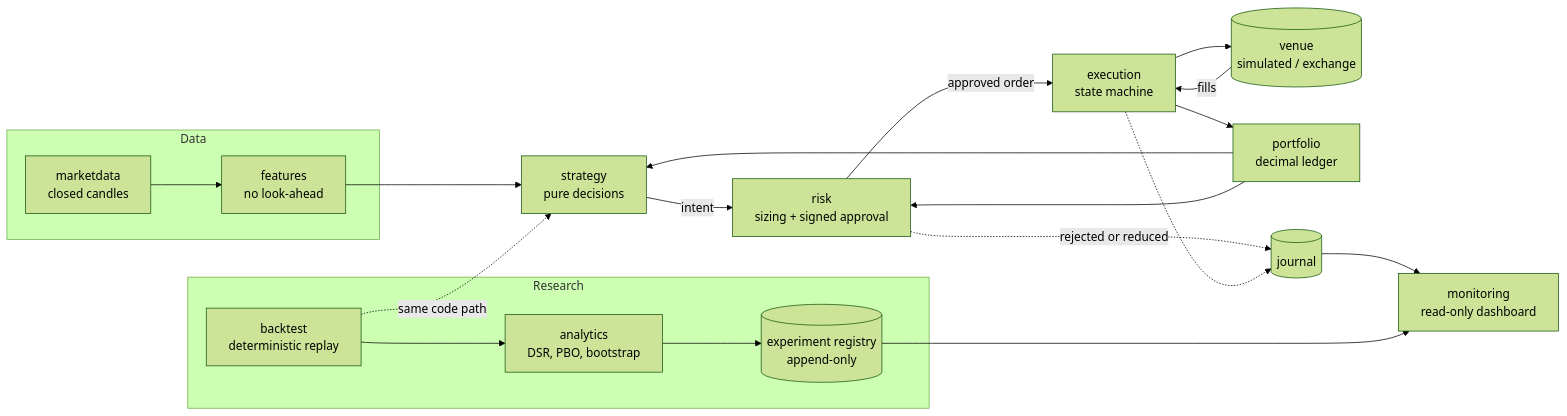
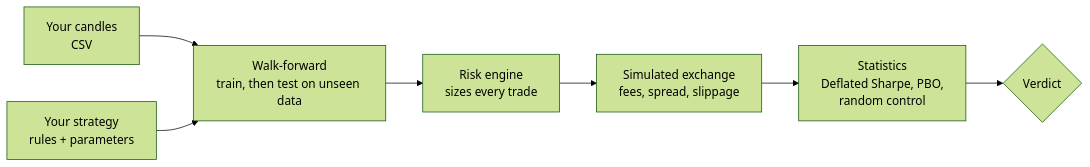
One commit to juliuspani/jp-quant changed the diagram in README.md. Above: the diagram before and after it, drawn with Mermaid (forest theme). The commit also changed other lines of this file and 38 other files, not shown here.

First line of the commit message:
JP Quant 1.1.0: test your own strategy honestly, Autopilot, smoother demo

````diff
--- a/README.md
+++ b/README.md
@@ -67,23 +85,9 @@
 ```mermaid
 flowchart LR
-  subgraph Data
-    MD[marketdata<br/>closed candles] --> FE[features<br/>no look-ahead]
-  end
-  FE --> ST[strategy<br/>pure decisions]
-  ST -->|intent| RK[risk<br/>sizing + signed approval]
-  RK -->|approved order| EX[execution<br/>state machine]
-  EX --> VN[(venue<br/>simulated / exchange)]
-  VN -->|fills| EX
-  EX --> PF[portfolio<br/>decimal ledger]
-  PF --> ST
-  PF --> RK
-  RK -.->|rejected or reduced| J[(journal)]
-  EX -.-> J
-  J --> MO[monitoring<br/>read-only dashboard]
-  subgraph Research
-    BT[backtest<br/>deterministic replay] --> AN[analytics<br/>DSR, PBO, bootstrap]
-    AN --> RG[(experiment registry<br/>append-only)]
-  end
-  BT -. same code path .-> ST
-  RG --> MO
+  D[Your candles<br/>CSV] --> W[Walk-forward<br/>train, then test on unseen data]
+  S[Your strategy<br/>rules + parameters] --> W
+  W --> R[Risk engine<br/>sizes every trade]
+  R --> X[Simulated exchange<br/>fees, spread, slippage]
+  X --> M[Statistics<br/>Deflated Sharpe, PBO,<br/>random control]
+  M --> V{Verdict}
 ```
````
